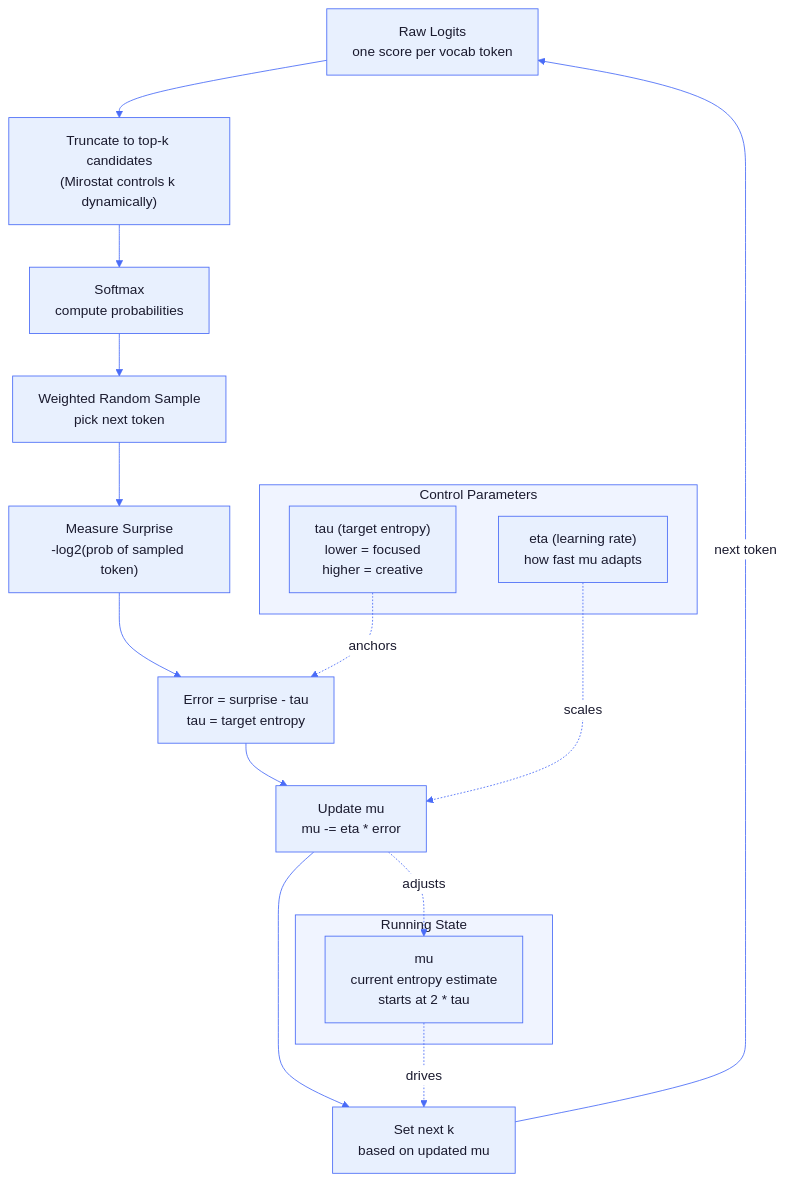
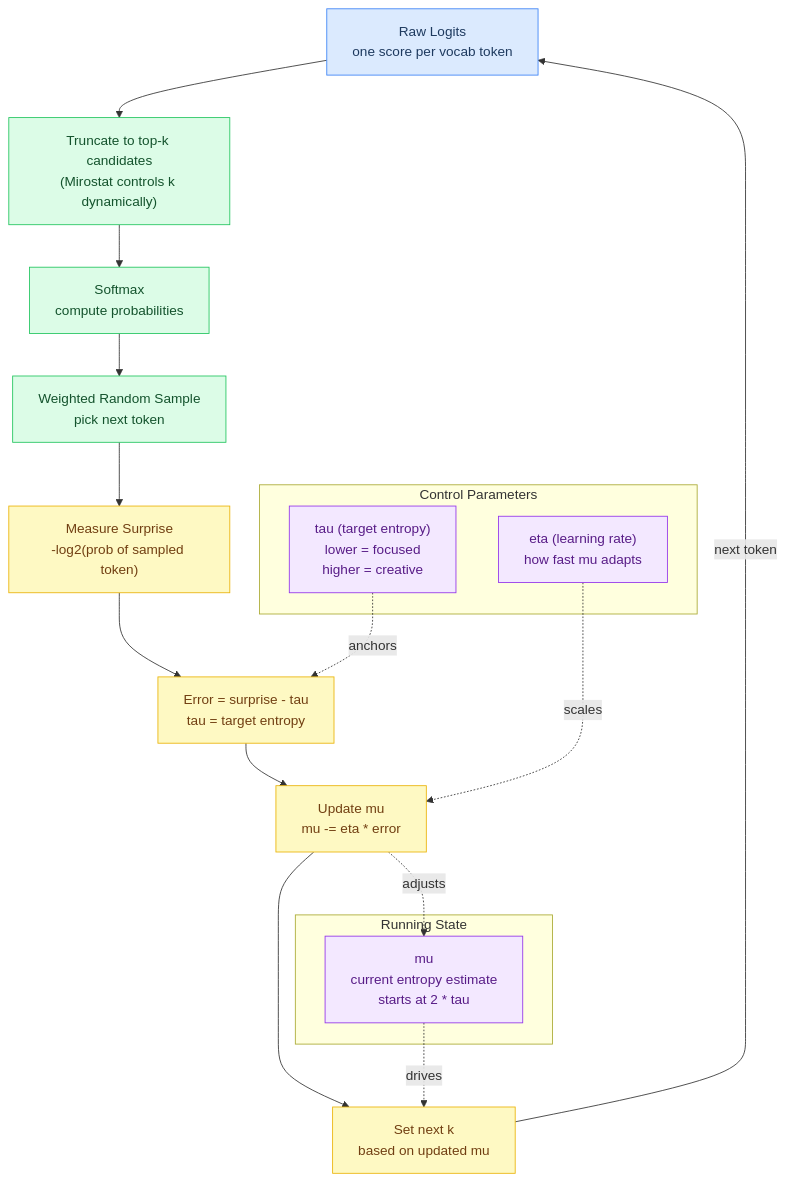
The third of 6 diagrams in docs/tutorial/07-sampling.md (maci0/agave), drawn with Mermaid before and after one commit. The commit also changed other lines of this file and 24 other files, not shown here.

First line of the commit message:
docs: convert all mermaid diagrams to classDef semantic colors

````diff
--- a/docs/tutorial/07-sampling.md
+++ b/docs/tutorial/07-sampling.md
@@ -233,39 +238,44 @@
 ```mermaid
-%%{init: {'theme': 'base', 'themeVariables': {
-  'primaryColor': '#e8f0fe',
-  'primaryTextColor': '#1a1a2e',
-  'primaryBorderColor': '#4a6cf7',
-  'lineColor': '#4a6cf7',
-  'secondaryColor': '#f0f4ff',
-  'tertiaryColor': '#f8f9ff',
-  'edgeLabelBackground': '#ffffff',
-  'clusterBkg': '#f0f4ff',
-  'clusterBorder': '#4a6cf7',
-  'titleColor': '#1a1a2e',
-  'nodeTextColor': '#1a1a2e',
-  'fontFamily': 'ui-monospace, SFMono-Regular, monospace'
-}}}%%
 flowchart TD
-    Logits["Raw Logits\none score per vocab token"] --> Trunc["Truncate to top-k candidates\n(Mirostat controls k dynamically)"]
-    Trunc --> Softmax["Softmax\ncompute probabilities"]
-    Softmax --> Sample["Weighted Random Sample\npick next token"]
-    Sample --> Surprise["Measure Surprise\n-log2(prob of sampled token)"]
-    Surprise --> Error["Error = surprise - tau\ntau = target entropy"]
-    Error --> Update["Update mu\nmu -= eta * error"]
-    Update --> NextK["Set next k\nbased on updated mu"]
+    classDef setup     fill:#dbeafe,stroke:#3b82f6,color:#1e3a5f
+    classDef sync      fill:#dcfce7,stroke:#22c55e,color:#14532d
+    classDef migration fill:#fef9c3,stroke:#eab308,color:#713f12
+    classDef success   fill:#bbf7d0,stroke:#16a34a,color:#14532d
+    classDef danger    fill:#fee2e2,stroke:#ef4444,color:#7f1d1d
+    classDef optional  fill:#f3e8ff,stroke:#9333ea,color:#581c87
+
+    Logits["Raw Logits\none score per vocab token"]:::setup
+    Trunc["Truncate to top-k candidates\n(Mirostat controls k dynamically)"]:::sync
+    Softmax["Softmax\ncompute probabilities"]:::sync
+    Sample["Weighted Random Sample\npick next token"]:::sync
+    Surprise["Measure Surprise\n-log2(prob of sampled token)"]:::migration
+    Error["Error = surprise - tau\ntau = target entropy"]:::migration
+    Update["Update mu\nmu -= eta * error"]:::migration
+    NextK["Set next k\nbased on updated mu"]:::migration
+    Tau["tau (target entropy)\nlower = focused\nhigher = creative"]:::optional
+    Eta["eta (learning rate)\nhow fast mu adapts"]:::optional
+    Mu["mu\ncurrent entropy estimate\nstarts at 2 * tau"]:::optional
+
+    Logits --> Trunc
+    Trunc --> Softmax
+    Softmax --> Sample
+    Sample --> Surprise
+    Surprise --> Error
+    Error --> Update
+    Update --> NextK
     NextK -->|next token| Logits
 
     subgraph Params["Control Parameters"]
-        Tau["tau (target entropy)\nlower = focused\nhigher = creative"]
-        Eta["eta (learning rate)\nhow fast mu adapts"]
+        Tau
+        Eta
     end
 
     subgraph State["Running State"]
-        Mu["mu\ncurrent entropy estimate\nstarts at 2 * tau"]
+        Mu
     end
 
     Update -.->|adjusts| Mu
     Mu -.->|drives| NextK
     Tau -.->|anchors| Error
     Eta -.->|scales| Update
 ```
````
